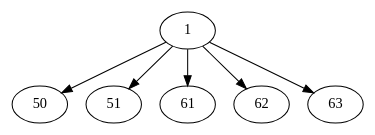
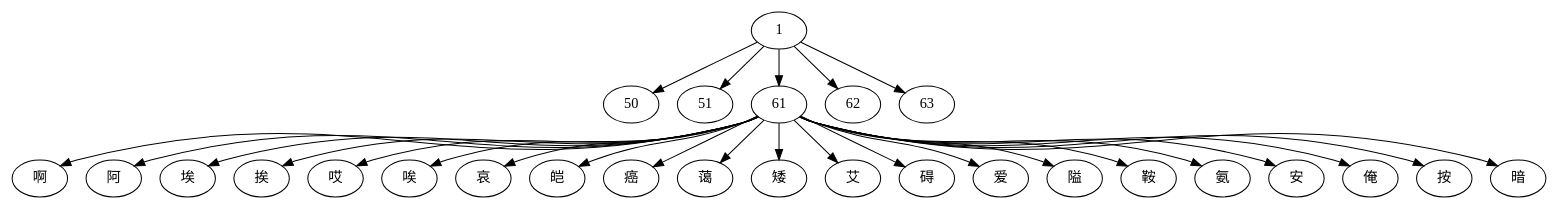
The diagram in era/data/pic.dot (barnabuschen/nero), drawn with Graphviz before and after one commit. The commit also changed 58 other files, not shown here.

```diff
--- a/era/data/pic.dot
+++ b/era/data/pic.dot
@@ -1,9 +1,30 @@
 digraph graphname {
 
 	1 -> 50;
 	1 -> 51;
 	1 -> 61;
+	61 -> 啊;
+	61 -> 阿;
+	61 -> 埃;
+	61 -> 挨;
+	61 -> 哎;
+	61 -> 唉;
+	61 -> 哀;
+	61 -> 皑;
+	61 -> 癌;
+	61 -> 蔼;
+	61 -> 矮;
+	61 -> 艾;
+	61 -> 碍;
+	61 -> 爱;
+	61 -> 隘;
+	61 -> 鞍;
+	61 -> 氨;
+	61 -> 安;
+	61 -> 俺;
+	61 -> 按;
+	61 -> 暗;
 	1 -> 62;
 	1 -> 63;
 
 }
```
